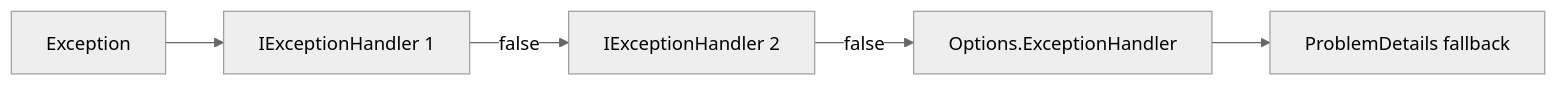
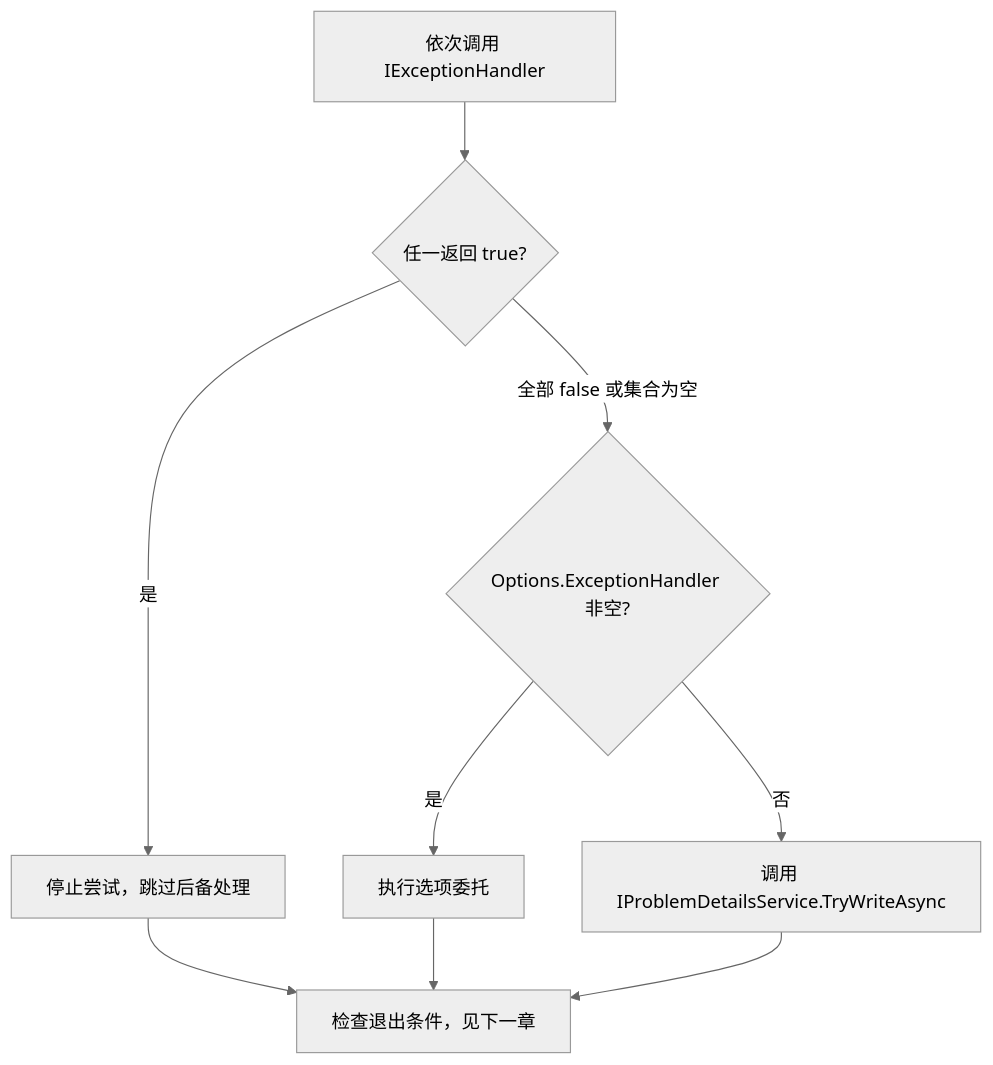
The eighth of 20 diagrams in notes/异常处理-源码解读版.md (AlexKuai/SourceCodeLearningNotes), drawn with Mermaid (neutral theme) before and after one commit. The commit also changed other lines of this file and 9 other files, not shown here.

````diff
--- a/notes/异常处理-源码解读版.md
+++ b/notes/异常处理-源码解读版.md
@@ -505,7 +509,11 @@
 ```mermaid
-flowchart LR
-    A["Exception"] --> B["IExceptionHandler 1"]
-    B -- "false" --> C["IExceptionHandler 2"]
-    C -- "false" --> D["Options.ExceptionHandler"]
-    D --> E["ProblemDetails fallback"]
+flowchart TD
+    A["依次调用 IExceptionHandler"] --> B{"任一返回 true?"}
+    B -->|是| C["停止尝试，跳过后备处理"]
+    B -->|全部 false 或集合为空| D{"Options.ExceptionHandler 非空?"}
+    D -->|是| E["执行选项委托"]
+    D -->|否| F["调用 IProblemDetailsService.TryWriteAsync"]
+    C --> G["检查退出条件，见下一章"]
+    E --> G
+    F --> G
 ```
````
